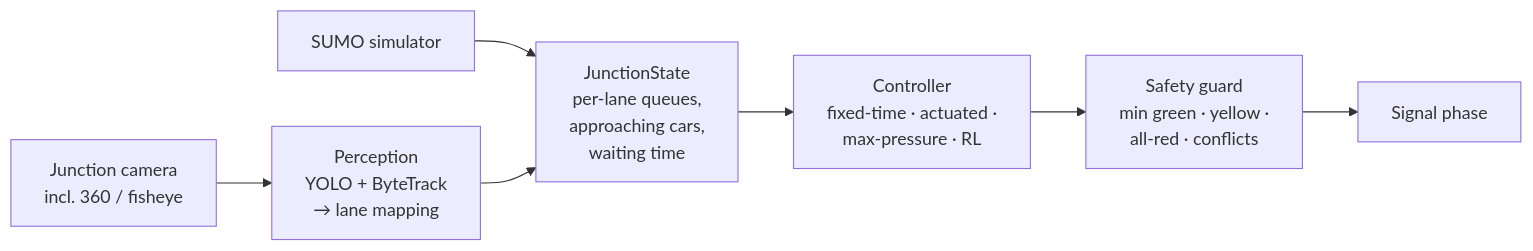
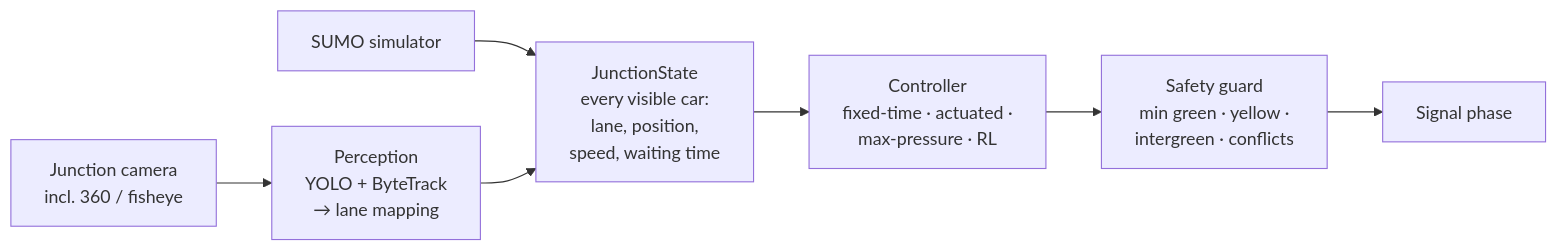
One commit to raztayar/smart-traffic-lights changed the diagram in README.md. Above: the diagram before and after it, drawn with Mermaid. The commit also changed other lines of this file and 2 other files, not shown here.

First line of the commit message:
Record M1 decisions: sim loop, intergreen matrix, JunctionState

````diff
--- a/README.md
+++ b/README.md
@@ -24,9 +24,9 @@
 ```mermaid
 flowchart LR
     CAM[Junction camera<br/>incl. 360 / fisheye] --> PER[Perception<br/>YOLO + ByteTrack<br/>→ lane mapping]
     SIM[SUMO simulator] --> STATE
-    PER --> STATE[JunctionState<br/>per-lane queues,<br/>approaching cars,<br/>waiting time]
+    PER --> STATE[JunctionState<br/>every visible car:<br/>lane, position,<br/>speed, waiting time]
     STATE --> CTRL[Controller<br/>fixed-time · actuated ·<br/>max-pressure · RL]
-    CTRL --> SAFE[Safety guard<br/>min green · yellow ·<br/>all-red · conflicts]
+    CTRL --> SAFE[Safety guard<br/>min green · yellow ·<br/>intergreen · conflicts]
     SAFE --> PHASE[Signal phase]
 ```
````
